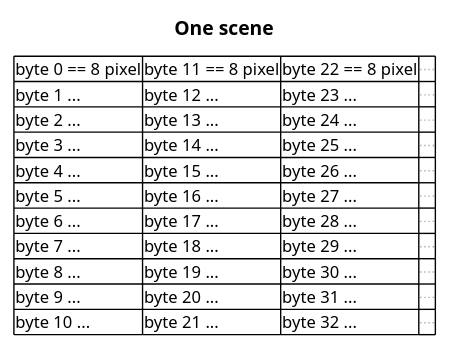
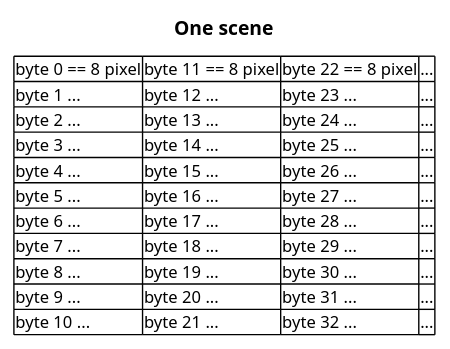
Before and after one commit to jnweiger/led-name-badge-ls32: the second of 3 diagrams in photos/bitmap_data_descr.puml, drawn with PlantUML. The commit also changed other lines of this file and 2 other files, not shown here.

```diff
--- a/photos/bitmap_data_descr.puml
+++ b/photos/bitmap_data_descr.puml
@@ -11,17 +13,17 @@
 @startuml bitmap_data_onescene
 salt
 title One scene
 {#
- byte 0 == 8 pixel | byte 11 == 8 pixel | byte 22 == 8 pixel | ...
- byte 1 ...        | byte 12 ...        | byte 23 ...        | ...
- byte 2 ...        | byte 13 ...        | byte 24 ...        | ...
- byte 3 ...        | byte 14 ...        | byte 25 ...        | ...
- byte 4 ...        | byte 15 ...        | byte 26 ...        | ...
- byte 5 ...        | byte 16 ...        | byte 27 ...        | ...
- byte 6 ...        | byte 17 ...        | byte 28 ...        | ...
- byte 7 ...        | byte 18 ...        | byte 29 ...        | ...
- byte 8 ...        | byte 19 ...        | byte 30 ...        | ...
- byte 9 ...        | byte 20 ...        | byte 31 ...        | ...
- byte 10 ...       | byte 21 ...        | byte 32 ...        | ...
+ byte 0 == 8 pixel | byte 11 == 8 pixel | byte 22 == 8 pixel | <U+002E>..
+ byte 1 ...        | byte 12 ...        | byte 23 ...        | <U+002E>..
+ byte 2 ...        | byte 13 ...        | byte 24 ...        | <U+002E>..
+ byte 3 ...        | byte 14 ...        | byte 25 ...        | <U+002E>..
+ byte 4 ...        | byte 15 ...        | byte 26 ...        | <U+002E>..
+ byte 5 ...        | byte 16 ...        | byte 27 ...        | <U+002E>..
+ byte 6 ...        | byte 17 ...        | byte 28 ...        | <U+002E>..
+ byte 7 ...        | byte 18 ...        | byte 29 ...        | <U+002E>..
+ byte 8 ...        | byte 19 ...        | byte 30 ...        | <U+002E>..
+ byte 9 ...        | byte 20 ...        | byte 31 ...        | <U+002E>..
+ byte 10 ...       | byte 21 ...        | byte 32 ...        | <U+002E>..
 }
 @enduml
```
